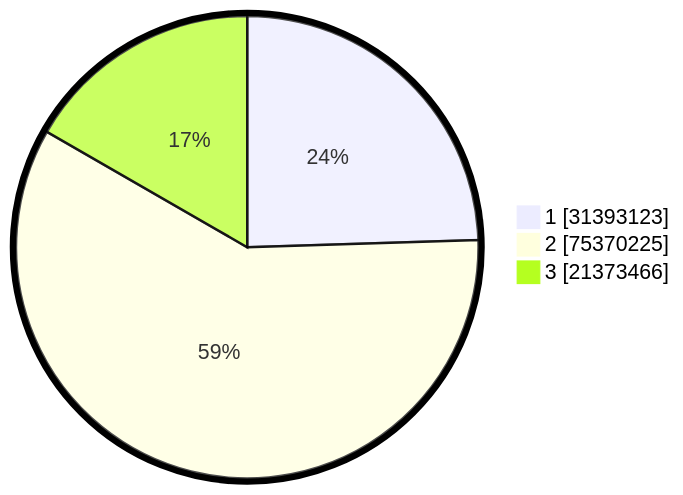
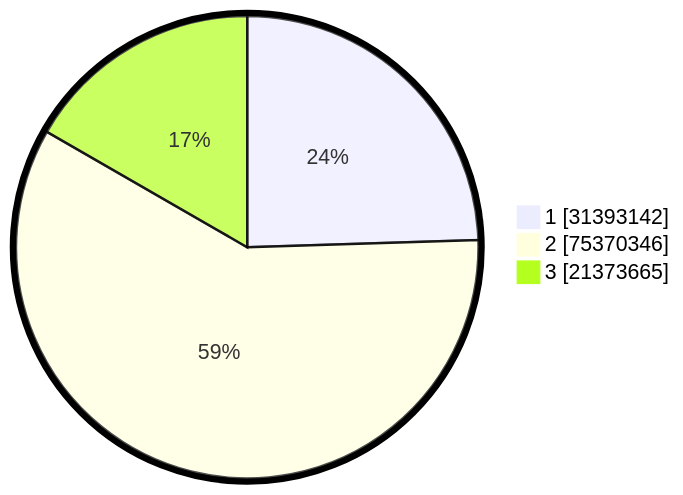
Before and after one commit to gigit-pemilu/pemilu-2024: the second of 2 diagrams in pilpres/hitung-suara/README.md, drawn with Mermaid. The commit also changed other lines of this file and 8 other files, not shown here.

````diff
--- a/pilpres/hitung-suara/README.md
+++ b/pilpres/hitung-suara/README.md
@@ -93,7 +93,7 @@
 ```mermaid
 %%{init: {"pie": {"textPosition": 0.5}, "themeVariables": {"pieOuterStrokeWidth": "5px"}} }%%
 pie showData
-    "1" : 31393123
-    "2" : 75370225
-    "3" : 21373466
+    "1" : 31393142
+    "2" : 75370346
+    "3" : 21373665
 ```
````
